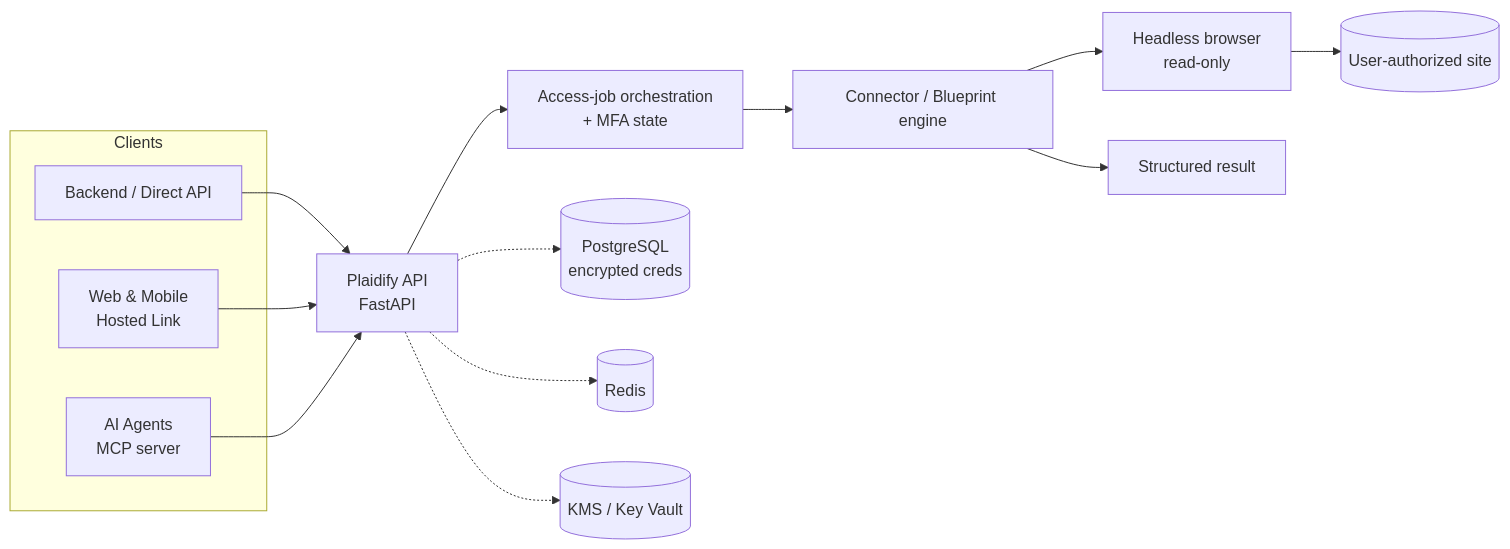
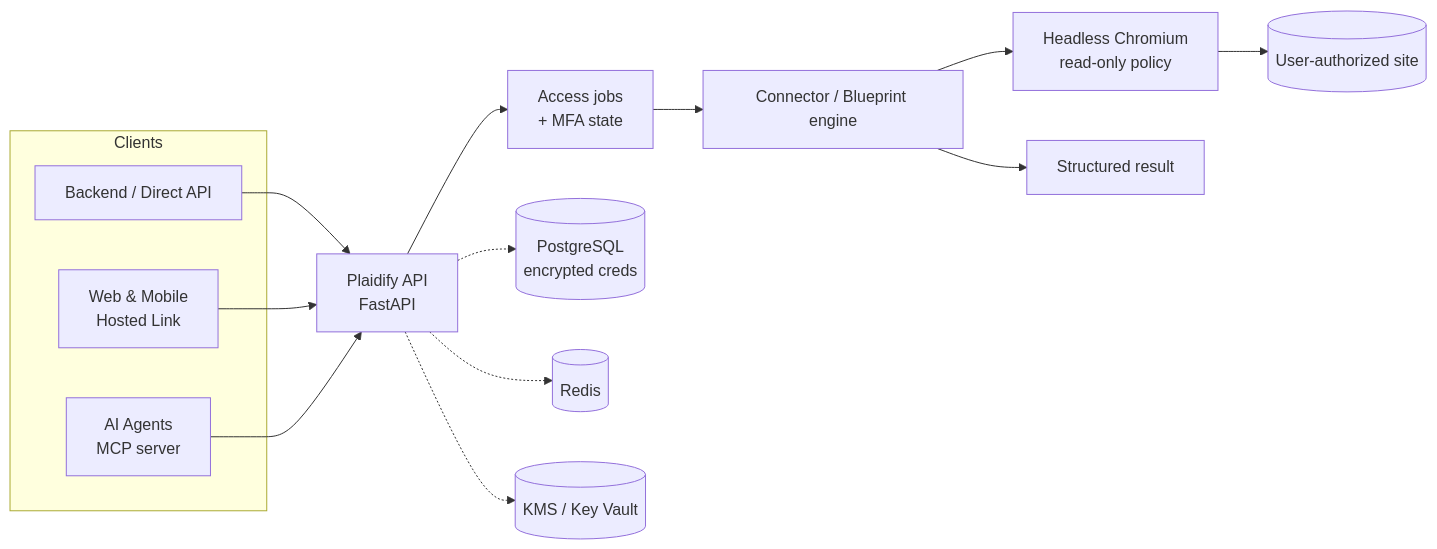
Before and after one commit to meetpandya27/plaidify: the diagram in README.md, drawn with Mermaid. The commit also changed other lines of this file and 343 other files, not shown here.

````diff
--- a/README.md
+++ b/README.md
@@ -48,19 +48,19 @@
 ```mermaid
 flowchart LR
   subgraph Clients
     A[Backend / Direct API]
     B[Web & Mobile<br/>Hosted Link]
     C[AI Agents<br/>MCP server]
   end
   A --> API
   B --> API
   C --> API
-  API[Plaidify API<br/>FastAPI] --> JOBS[Access-job orchestration<br/>+ MFA state]
+  API[Plaidify API<br/>FastAPI] --> JOBS[Access jobs<br/>+ MFA state]
   JOBS --> ENGINE[Connector / Blueprint engine]
-  ENGINE --> BROWSER[Headless browser<br/>read-only]
+  ENGINE --> BROWSER[Headless Chromium<br/>read-only policy]
   BROWSER --> SITE[(User-authorized site)]
   ENGINE --> OUT[Structured result]
   API -.-> PG[(PostgreSQL<br/>encrypted creds)]
   API -.-> REDIS[(Redis)]
   API -.-> KMS[(KMS / Key Vault)]
 ```
````
